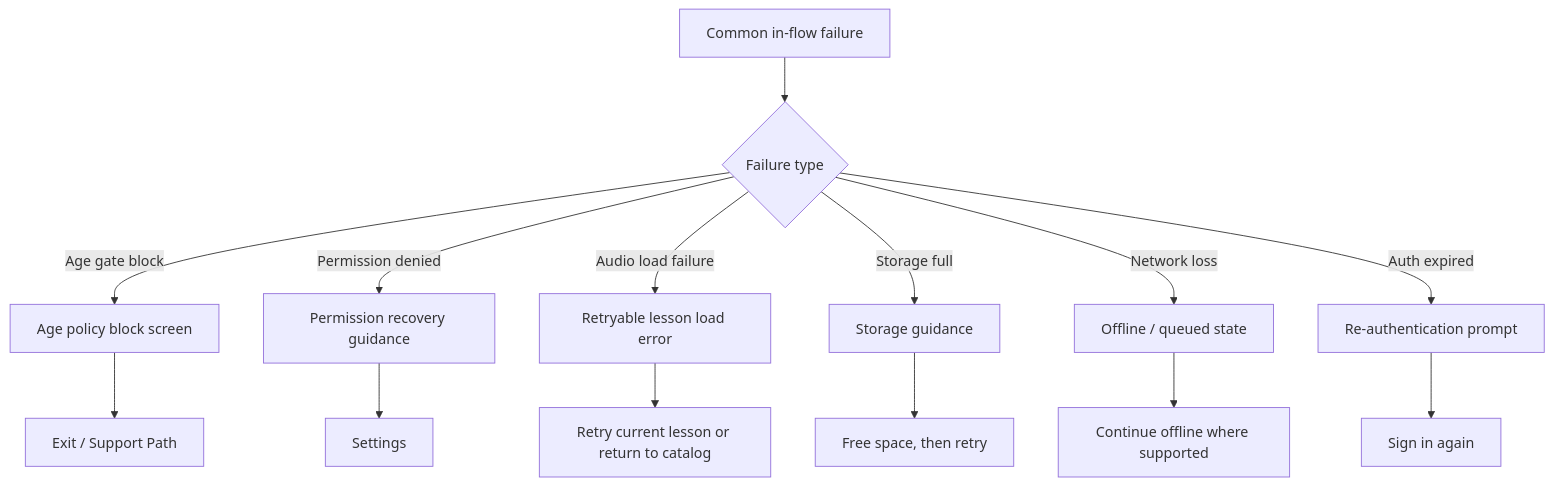
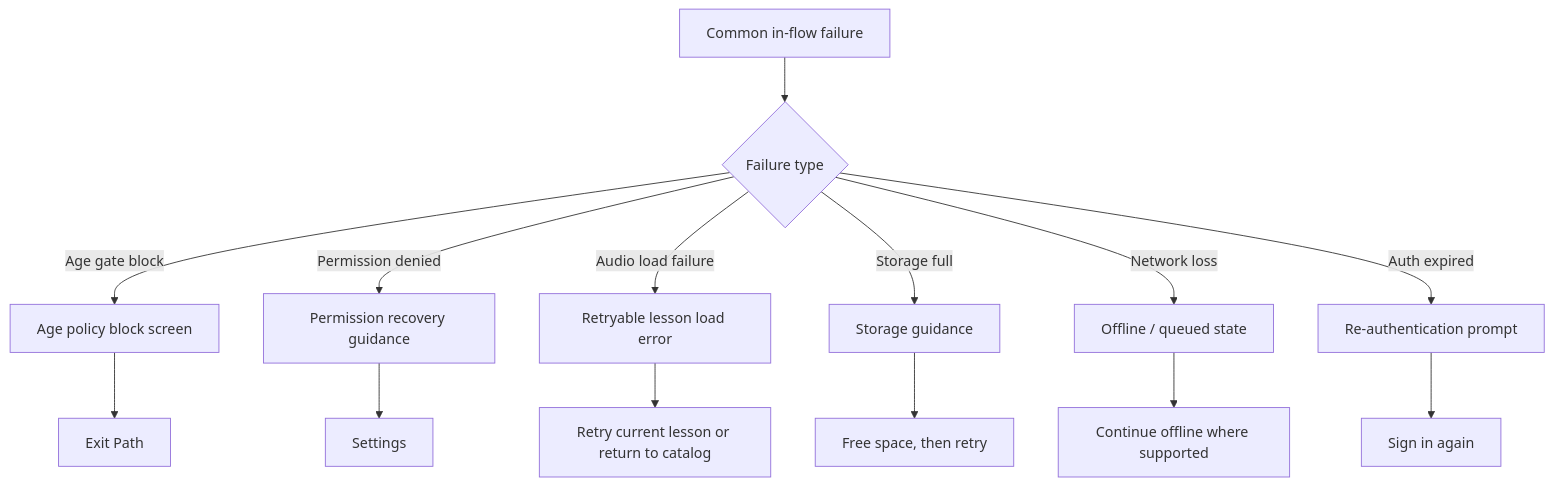
Before and after one commit to minhhieu1/ShadowSpeak: diagram 12 of 12 in specs/03-ux-ui-design/01-User-Flow-Diagram.md, drawn with Mermaid. The commit also changed other lines of this file and 41 other files, not shown here.

````diff
--- a/specs/03-ux-ui-design/01-User-Flow-Diagram.md
+++ b/specs/03-ux-ui-design/01-User-Flow-Diagram.md
@@ -568,16 +568,16 @@
 ```mermaid
 flowchart TD
     A[Common in-flow failure] --> B{Failure type}
     B -->|Age gate block| C[Age policy block screen]
     B -->|Permission denied| D[Permission recovery guidance]
     B -->|Audio load failure| E[Retryable lesson load error]
     B -->|Storage full| F[Storage guidance]
     B -->|Network loss| G[Offline / queued state]
     B -->|Auth expired| H[Re-authentication prompt]
-    C --> Z[Exit / Support Path]
+    C --> Z[Exit Path]
     D --> I[Settings]
     E --> J[Retry current lesson or return to catalog]
     F --> K[Free space, then retry]
     G --> L[Continue offline where supported]
     H --> M[Sign in again]
 ```
````
